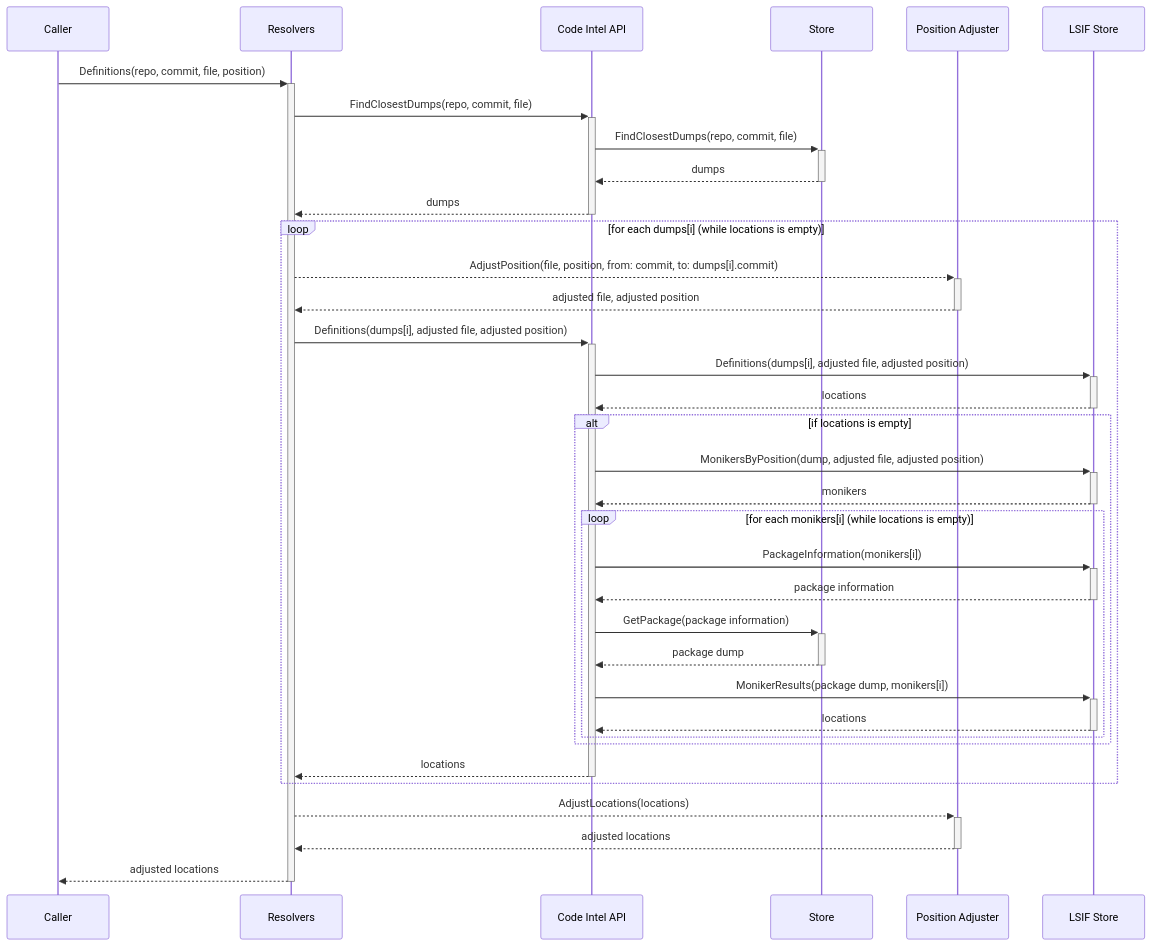
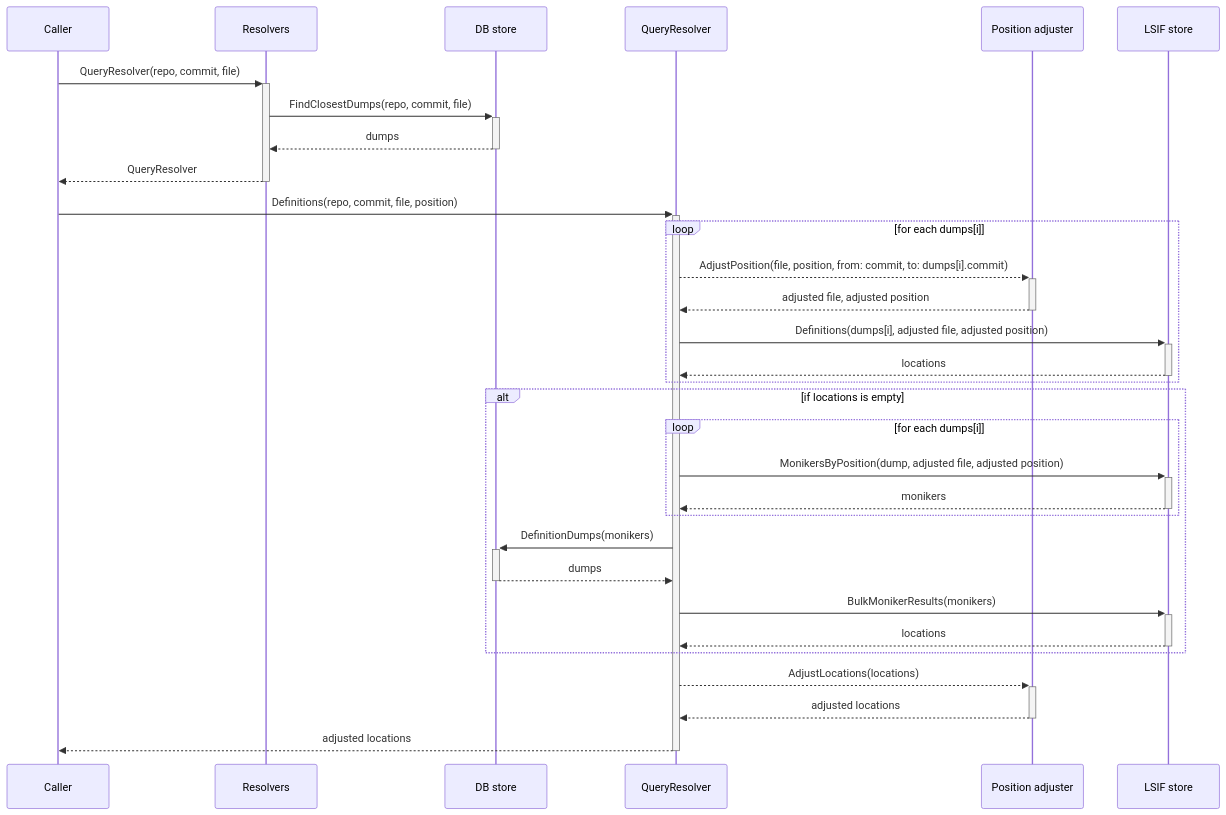
One commit to sourcegraph/sourcegraph-public-snapshot changed the diagram in doc/dev/background-information/codeintel/diagrams/definitions.mermaid. Above: the diagram before and after it, drawn with Mermaid. The commit also changed 22 other files, not shown here.

Commit message:
doc: Update code-intel sequence diagrams

```diff
--- a/doc/dev/background-information/codeintel/diagrams/definitions.mermaid
+++ b/doc/dev/background-information/codeintel/diagrams/definitions.mermaid
@@ -1,34 +1,30 @@
 sequenceDiagram
-  Caller          ->>+ Resolvers: Definitions(repo, commit, file, position)
-  Resolvers       ->>+ Code Intel API: FindClosestDumps(repo, commit, file)
-  Code Intel API  ->>+ Store: FindClosestDumps(repo, commit, file)
-  Store          -->>- Code Intel API: dumps
-  Code Intel API -->>- Resolvers: dumps
+  Caller          ->>+ Resolvers: QueryResolver(repo, commit, file)
+  Resolvers       ->>+ DB store: FindClosestDumps(repo, commit, file)
+  DB store       -->>- Resolvers: dumps
+  Resolvers      -->>- Caller: QueryResolver
+  Caller          ->>+ QueryResolver: Definitions(repo, commit, file, position)
 
-  loop for each dumps[i] (while locations is empty)
-    Resolvers         -->>+ Position Adjuster: AdjustPosition(file, position, from: commit, to: dumps[i].commit)
-    Position Adjuster -->>- Resolvers: adjusted file, adjusted position
-    Resolvers          ->>+ Code Intel API: Definitions(dumps[i], adjusted file, adjusted position)
-    Code Intel API     ->>+ LSIF Store: Definitions(dumps[i], adjusted file, adjusted position)
-    LSIF Store        -->>- Code Intel API: locations
+  loop for each dumps[i]
+    QueryResolver     -->>+ Position adjuster: AdjustPosition(file, position, from: commit, to: dumps[i].commit)
+    Position adjuster -->>- QueryResolver: adjusted file, adjusted position
+    QueryResolver      ->>+ LSIF store: Definitions(dumps[i], adjusted file, adjusted position)
+    LSIF store        -->>- QueryResolver: locations
+  end
 
-    alt if locations is empty
-    Code Intel API     ->>+ LSIF Store: MonikersByPosition(dump, adjusted file, adjusted position)
-      LSIF Store        -->>- Code Intel API: monikers
-
-      loop for each monikers[i] (while locations is empty)
-        Code Intel API  ->>+ LSIF Store: PackageInformation(monikers[i])
-        LSIF Store     -->>- Code Intel API: package information
-        Code Intel API  ->>+ Store: GetPackage(package information)
-        Store          -->>- Code Intel API: package dump
-        Code Intel API  ->>+ LSIF Store: MonikerResults(package dump, monikers[i])
-        LSIF Store     -->>- Code Intel API: locations
-      end
+  alt if locations is empty
+    loop for each dumps[i]
+      QueryResolver    ->>+ LSIF store: MonikersByPosition(dump, adjusted file, adjusted position)
+      LSIF store      -->>- QueryResolver: monikers
     end
 
-    Code Intel API -->>- Resolvers: locations
+    QueryResolver    ->>+ DB store: DefinitionDumps(monikers)
+    DB store        -->>- QueryResolver: dumps
+
+    QueryResolver    ->>+ LSIF store: BulkMonikerResults(monikers)
+    LSIF store      -->>- QueryResolver: locations
   end
 
-  Resolvers         -->>+ Position Adjuster: AdjustLocations(locations)
-  Position Adjuster -->>- Resolvers: adjusted locations
-  Resolvers         -->>- Caller: adjusted locations
+  QueryResolver     -->>+ Position adjuster: AdjustLocations(locations)
+  Position adjuster -->>- QueryResolver: adjusted locations
+  QueryResolver     -->>- Caller: adjusted locations
```
